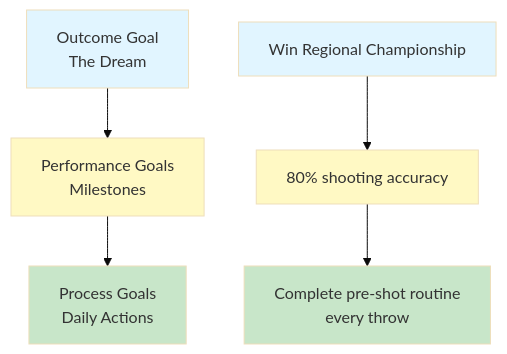
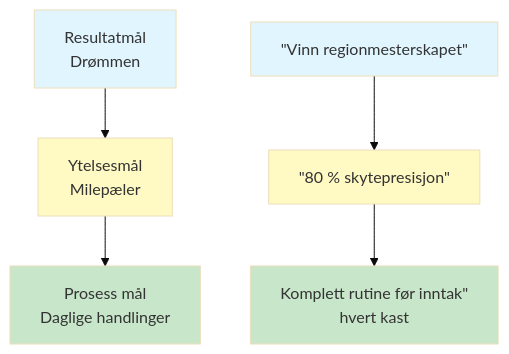
Before and after one commit to patwii/petanque-academy: the diagram in docs/no/education/motivation/index.md, drawn with Mermaid (base theme). The commit also changed other lines of this file and 550 other files, not shown here.

````diff
--- a/docs/no/education/motivation/index.md
+++ b/docs/no/education/motivation/index.md
@@ -41,15 +41,15 @@
 ```mermaid
 graph TD
-    A[Outcome Goal<br/>The Dream] --> B[Performance Goals<br/>Milestones]
-    B --> C[Process Goals<br/>Daily Actions]
+    A[Resultatmål <br/> Drømmen] --> B[Ytelsesmål <br/> Milepæler]
+    B --> C[Prosess mål <br/> Daglige handlinger]
 
-    A2["Win Regional Championship"] --> B2["80% shooting accuracy"]
-    B2 --> C2["Complete pre-shot routine<br/>every throw"]
+    A2[&quot;Vinn regionmesterskapet&quot;] --> B2[&quot;80 % skytepresisjon&quot;]
+    B2 --> C2[&quot;Komplett rutine før inntak&quot; <br/> hvert kast&quot;]
 
     style A fill:#e1f5ff
     style B fill:#fff9c4
     style C fill:#c8e6c9
     style A2 fill:#e1f5ff
     style B2 fill:#fff9c4
     style C2 fill:#c8e6c9
 ```
````
